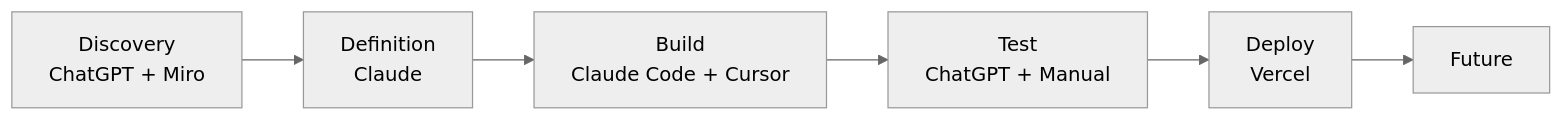
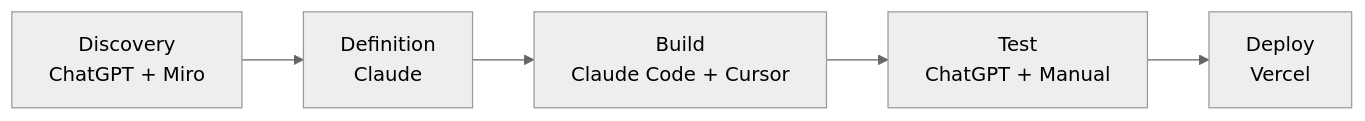
Before and after one commit to ZainAzimullah/Wardrobe-Manager: the diagram in README.md, drawn with Mermaid (neutral theme).

Commit message:
fixed flowchart

````diff
--- a/README.md
+++ b/README.md
@@ -25,10 +25,10 @@
 ```mermaid
 flowchart LR
-    Discovery --> Definition --> Build --> Test --> Deploy --> Future
+    Discovery --> Definition --> Build --> Test --> Deploy
 
     Discovery[Discovery<br>ChatGPT + Miro]
     Definition[Definition<br>Claude]
     Build[Build<br>Claude Code + Cursor]
     Test[Test<br>ChatGPT + Manual]
     Deploy[Deploy<br>Vercel]
 ```
````
